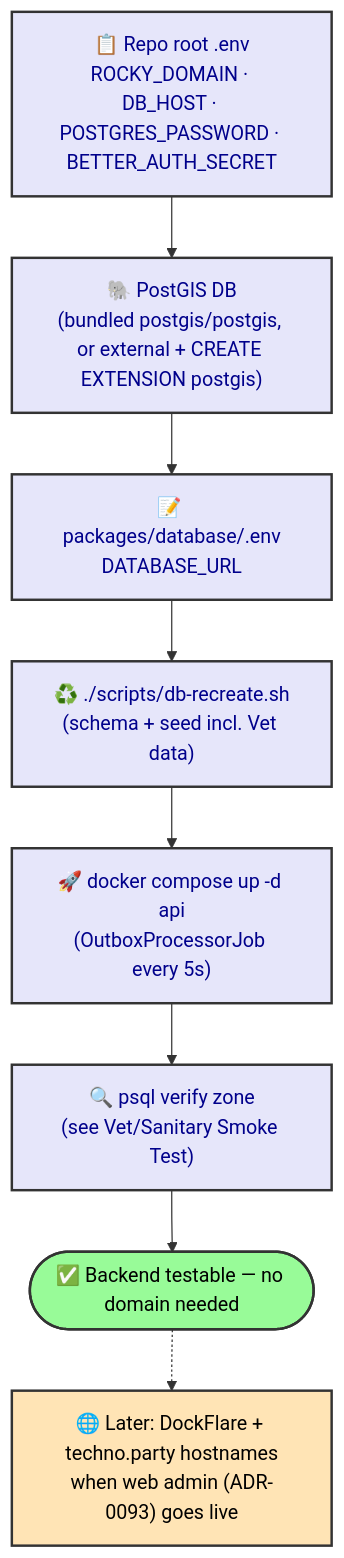
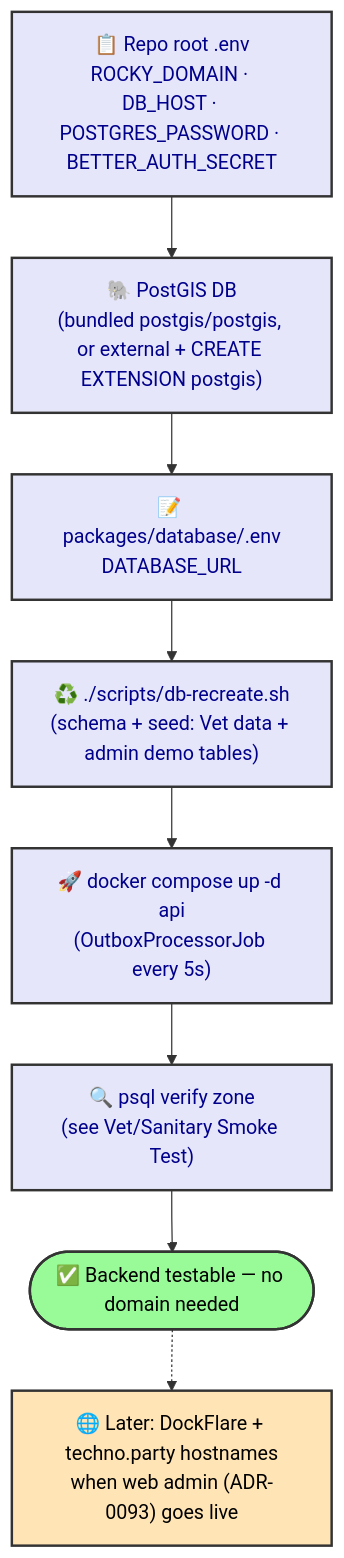
One commit to r0b0tr0n1k/rocky changed the diagram in apps/docs/content/runbooks/vm-prep.mdx. Above: the diagram before and after it, drawn with Mermaid. The commit also changed other lines of this file and 1 other file, not shown here.

First line of the commit message:
docs(runbooks): reflect Section 8 seed data + current DB counts

````diff
--- a/apps/docs/content/runbooks/vm-prep.mdx
+++ b/apps/docs/content/runbooks/vm-prep.mdx
@@ -57,16 +57,16 @@
 ```mermaid
 flowchart TD
   A["📋 Repo root .env<br/>ROCKY_DOMAIN · DB_HOST · POSTGRES_PASSWORD · BETTER_AUTH_SECRET"] --> B["🐘 PostGIS DB<br/>(bundled postgis/postgis, or external + CREATE EXTENSION postgis)"]
   B --> C["📝 packages/database/.env<br/>DATABASE_URL"]
-  C --> D["♻️ ./scripts/db-recreate.sh<br/>(schema + seed incl. Vet data)"]
+  C --> D["♻️ ./scripts/db-recreate.sh<br/>(schema + seed: Vet data + admin demo tables)"]
   D --> E["🚀 docker compose up -d api<br/>(OutboxProcessorJob every 5s)"]
   E --> F["🔍 psql verify zone<br/>(see Vet/Sanitary Smoke Test)"]
   F --> G(["✅ Backend testable — no domain needed"])
   G -.-> H["🌐 Later: DockFlare + techno.party hostnames<br/>when web admin (ADR-0093) goes live"]
   classDef step fill:#E6E6FA,stroke:#333,stroke-width:2px,color:darkblue
   classDef ok fill:#98FB98,stroke:#333,stroke-width:2px,color:black
   classDef later fill:#FFE4B5,stroke:#333,stroke-width:2px,color:black
   class A,B,C,D,E,F step
   class G ok
   class H later
 ```
````
